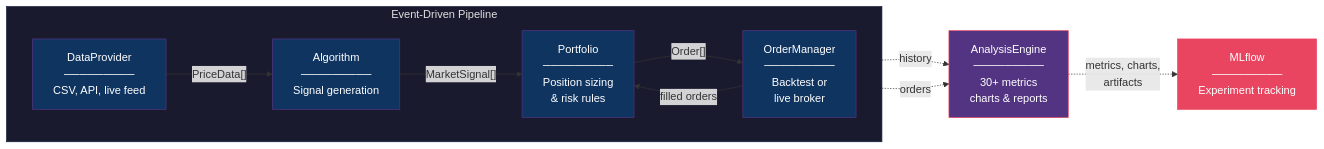
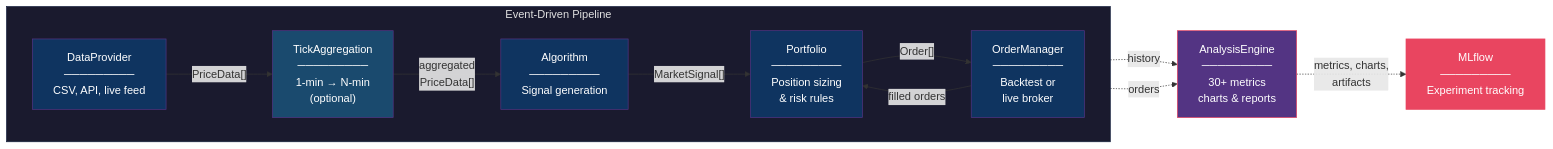
Before and after one commit to amperie/trading_guy: the diagram in README.md, drawn with Mermaid. The commit also changed other lines of this file and 9 other files, not shown here.

First line of the commit message:
Add tick aggregation integration, agg sweep, tests, and docs

````diff
--- a/README.md
+++ b/README.md
@@ -9,30 +9,33 @@
 ```mermaid
 flowchart LR
     subgraph Pipeline["Event-Driven Pipeline"]
         direction LR
         DP["DataProvider\n─────────\nCSV, API, live feed"]
+        AGG["TickAggregation\n─────────\n1-min → N-min\n(optional)"]
         AL["Algorithm\n─────────\nSignal generation"]
         PF["Portfolio\n─────────\nPosition sizing\n& risk rules"]
         OM["OrderManager\n─────────\nBacktest or\nlive broker"]
     end
 
-    DP -- "PriceData[]" --> AL
+    DP -- "PriceData[]" --> AGG
+    AGG -- "aggregated\nPriceData[]" --> AL
     AL -- "MarketSignal[]" --> PF
     PF -- "Order[]" --> OM
     OM -- "filled orders" --> PF
 
     AE["AnalysisEngine\n─────────\n30+ metrics\ncharts & reports"]
     ML["MLflow\n─────────\nExperiment tracking"]
 
     PF -. "history" .-> AE
     OM -. "orders" .-> AE
     AE -. "metrics, charts,\nartifacts" .-> ML
 
     style Pipeline fill:#1a1a2e,stroke:#16213e,color:#e0e0e0
     style DP fill:#0f3460,stroke:#533483,color:#fff
+    style AGG fill:#1a4a6e,stroke:#533483,color:#fff
     style AL fill:#0f3460,stroke:#533483,color:#fff
     style PF fill:#0f3460,stroke:#533483,color:#fff
     style OM fill:#0f3460,stroke:#533483,color:#fff
     style AE fill:#533483,stroke:#e94560,color:#fff
     style ML fill:#e94560,stroke:#e94560,color:#fff
 ```
````
